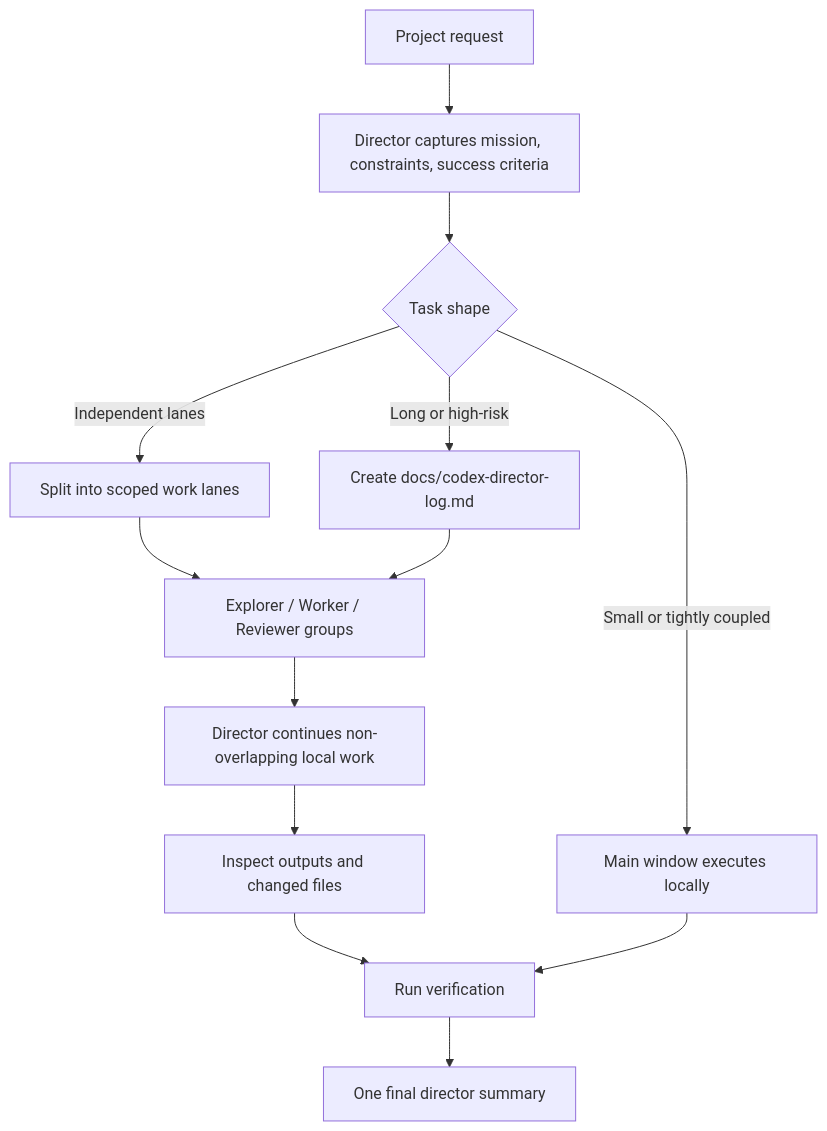
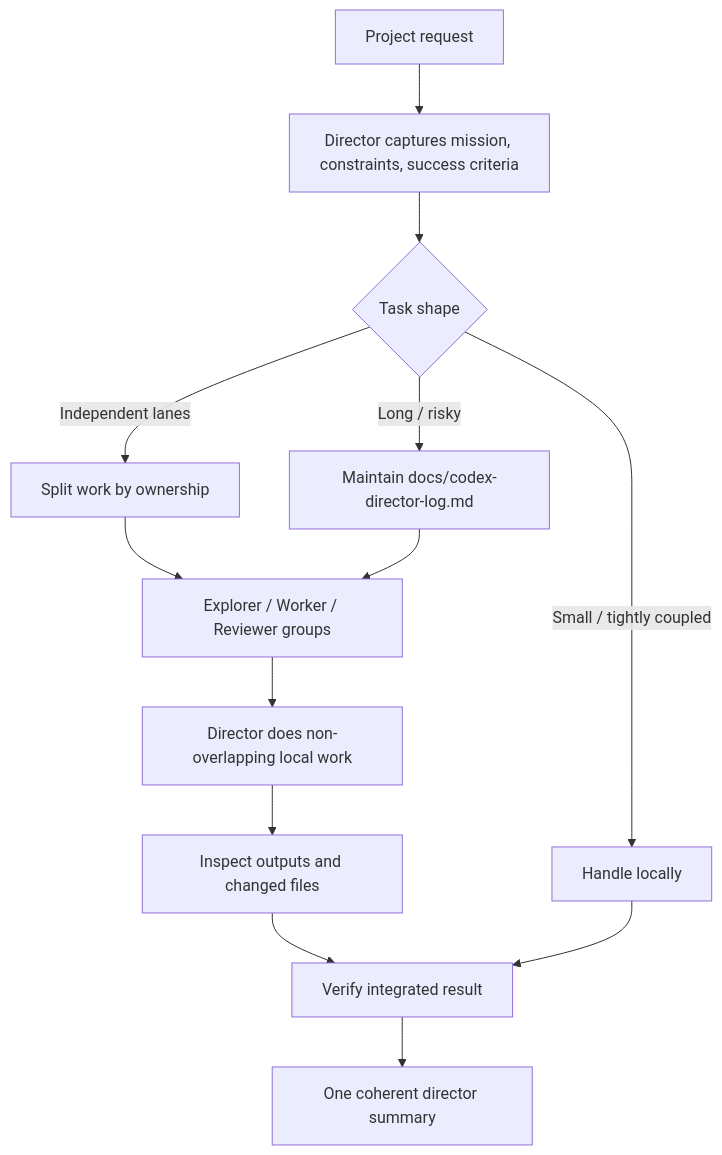
Before and after one commit to iannoahleads-cyber/project-director-skill: the diagram in README.md, drawn with Mermaid. The commit also changed other lines of this file, not shown here.

````diff
--- a/README.md
+++ b/README.md
@@ -35,15 +35,15 @@
 ```mermaid
 flowchart TD
     A["Project request"] --> B["Director captures mission, constraints, success criteria"]
     B --> C{"Task shape"}
-    C -->|Small or tightly coupled| D["Main window executes locally"]
-    C -->|Independent lanes| E["Split into scoped work lanes"]
-    C -->|Long or high-risk| F["Create docs/codex-director-log.md"]
+    C -->|Small / tightly coupled| D["Handle locally"]
+    C -->|Independent lanes| E["Split work by ownership"]
+    C -->|Long / risky| F["Maintain docs/codex-director-log.md"]
     E --> G["Explorer / Worker / Reviewer groups"]
     F --> G
-    G --> H["Director continues non-overlapping local work"]
+    G --> H["Director does non-overlapping local work"]
     H --> I["Inspect outputs and changed files"]
-    I --> J["Run verification"]
-    J --> K["One final director summary"]
+    I --> J["Verify integrated result"]
+    J --> K["One coherent director summary"]
     D --> J
 ```
````
